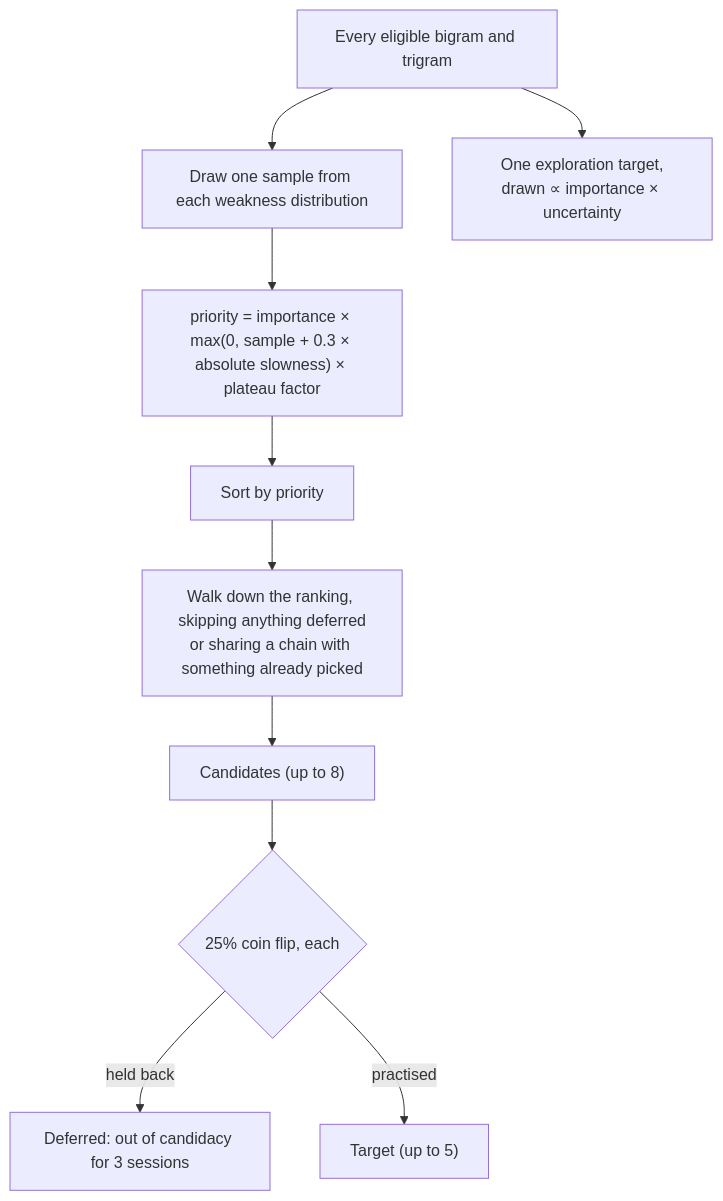
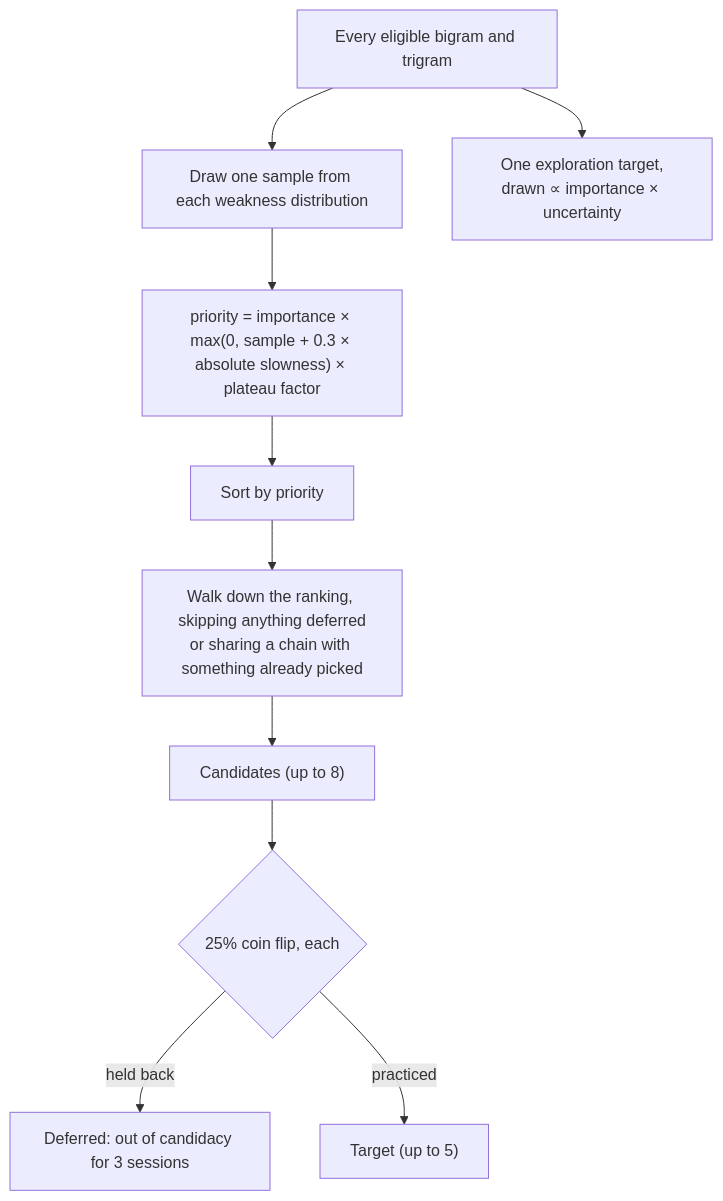
Before and after one commit to latentce/typ: the third of 4 diagrams in docs/how-it-works.md, drawn with Mermaid. The commit also changed other lines of this file and 40 other files, not shown here.

````diff
--- a/docs/how-it-works.md
+++ b/docs/how-it-works.md
@@ -186,12 +186,12 @@
 ```mermaid
 flowchart TD
     A["Every eligible bigram and trigram"] --> B["Draw one sample from each weakness distribution"]
     B --> C["priority = importance × max(0, sample + 0.3 × absolute slowness) × plateau factor"]
     C --> D["Sort by priority"]
     D --> E["Walk down the ranking, skipping anything deferred<br/>or sharing a chain with something already picked"]
     E --> F["Candidates (up to 8)"]
     F --> G{"25% coin flip, each"}
     G -->|"held back"| H["Deferred: out of candidacy for 3 sessions"]
-    G -->|"practised"| I["Target (up to 5)"]
+    G -->|"practiced"| I["Target (up to 5)"]
     A --> J["One exploration target,<br/>drawn ∝ importance × uncertainty"]
 ```
````
